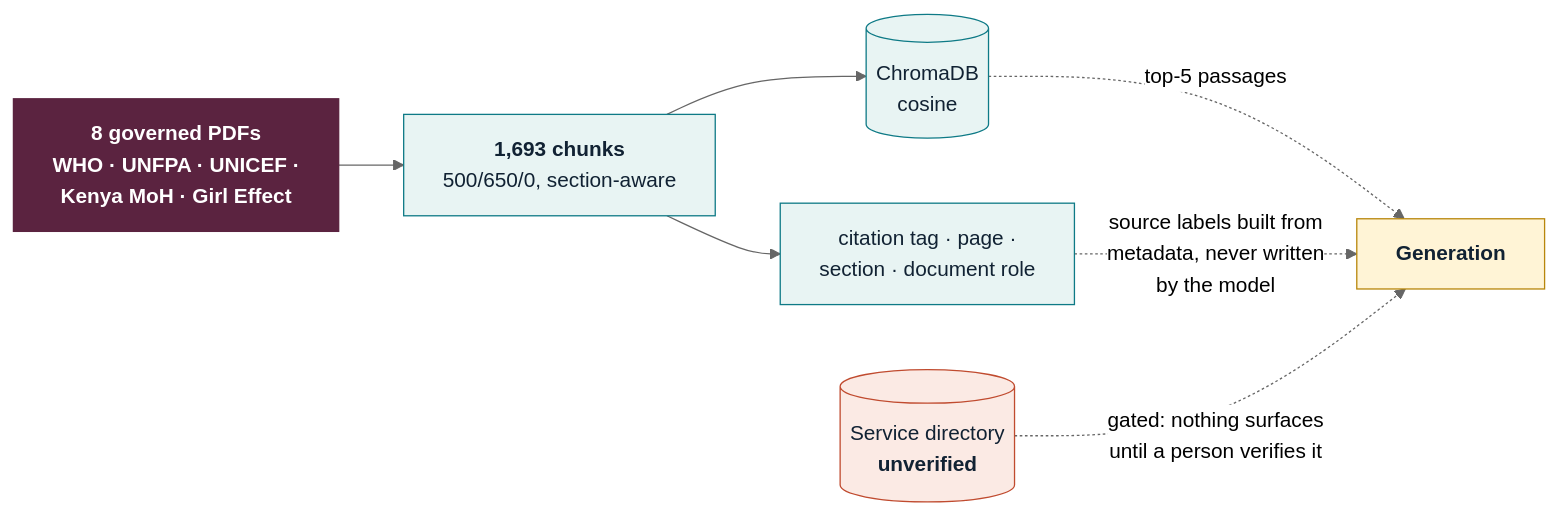
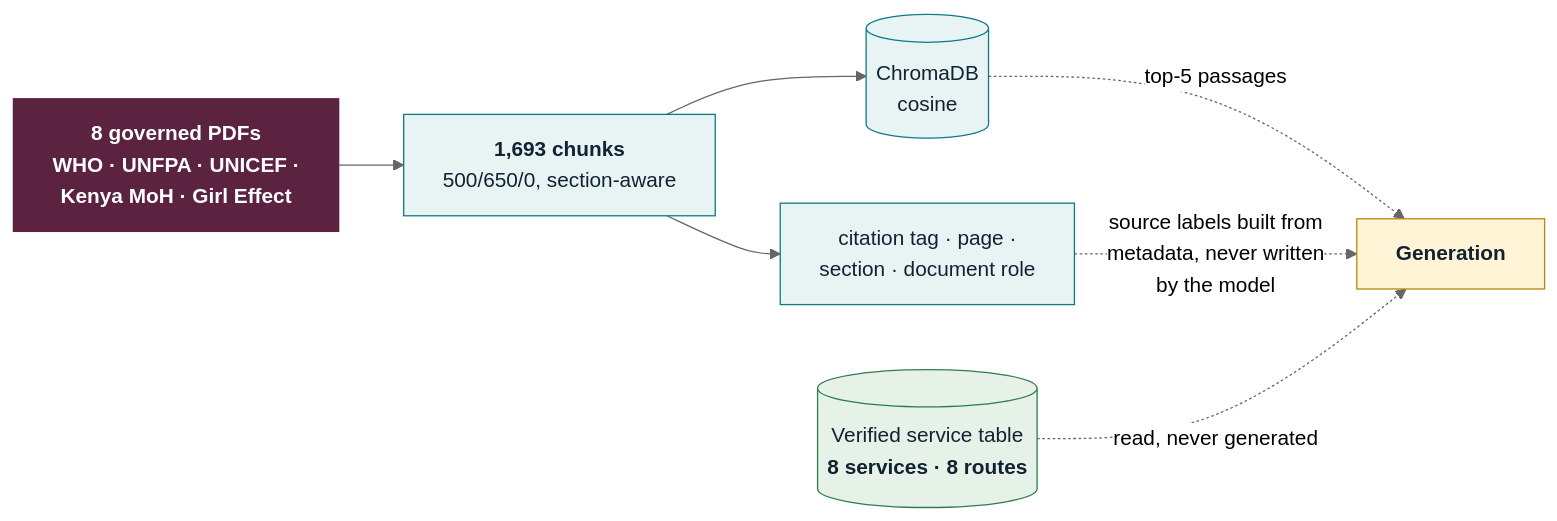
One commit to George-techie/girl-effect-srh-rag changed the seventh of 7 diagrams in docs/architecture.md. Above: the diagram before and after it, drawn with Mermaid (neutral theme). The commit also changed other lines of this file and 6 other files, not shown here.

````diff
--- a/docs/architecture.md
+++ b/docs/architecture.md
@@ -268,20 +268,21 @@
 ```mermaid
 flowchart LR
     PDF["8 governed PDFs<br/>WHO · UNFPA · UNICEF ·<br/>Kenya MoH · Girl Effect"]:::src
     CH["<b>1,693 chunks</b><br/>500/650/0, section-aware"]:::free
     DB[("ChromaDB<br/>cosine")]:::free
     TAG["citation tag · page ·<br/>section · document role"]:::free
 
-    SVC[("Service directory<br/><b>unverified</b>")]:::bad
+    SVC[("Verified service table<br/><b>8 services · 8 routes</b>")]:::local
 
     PDF --> CH --> DB
     CH --> TAG
     DB -.->|"top-5 passages"| OUT["Generation"]:::model
     TAG -.->|"source labels built from<br/>metadata, never written<br/>by the model"| OUT
-    SVC -.->|"gated: nothing surfaces<br/>until a person verifies it"| OUT
+    SVC -.->|"read, never generated"| OUT
 
     classDef src fill:#5B2340,stroke:#5B2340,color:#fff,font-weight:bold
     classDef free fill:#E8F4F3,stroke:#0E7A86,color:#123
     classDef model fill:#FFF4D6,stroke:#B8860B,color:#123,font-weight:bold
     classDef bad fill:#FBEAE4,stroke:#C04B2F,color:#123
+    classDef local fill:#E6F2E8,stroke:#2E7D4F,color:#123
 ```
````
